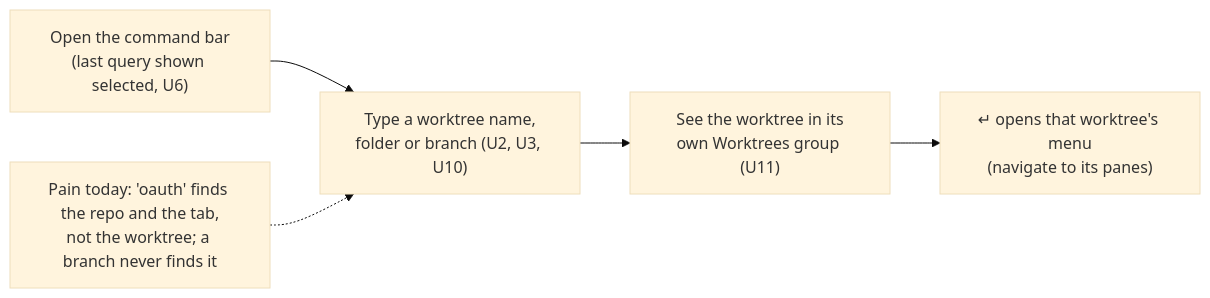
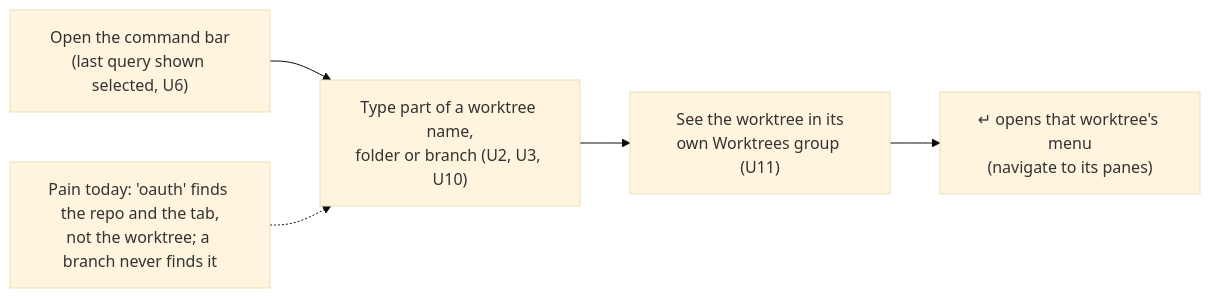
The first of 3 diagrams in docs/specs/2026-09-26-find-search-service/2026-09-26-find-search-service-specification.md (ShravanSunder/agentstudio), drawn with Mermaid (base theme) before and after one commit. The commit also changed other lines of this file and 2 other files, not shown here.

Commit message:
Switch Find to SQLite substring search over command-bar rows and address design review

````diff
--- a/docs/specs/2026-09-26-find-search-service/2026-09-26-find-search-service-specification.md
+++ b/docs/specs/2026-09-26-find-search-service/2026-09-26-find-search-service-specification.md
@@ -11,7 +11,7 @@
 ```mermaid
 flowchart LR
-  A["Open the command bar<br/>(last query shown selected, U6)"] --> B["Type a worktree name,<br/>folder or branch (U2, U3, U10)"]
+  A["Open the command bar<br/>(last query shown selected, U6)"] --> B["Type part of a worktree name,<br/>folder or branch (U2, U3, U10)"]
   B --> C["See the worktree in its<br/>own Worktrees group (U11)"]
   C --> D["↵ opens that worktree's menu<br/>(navigate to its panes)"]
   P1["Pain today: 'oauth' finds the repo and the tab,<br/>not the worktree; a branch never finds it"] -.-> B
 ```
````
